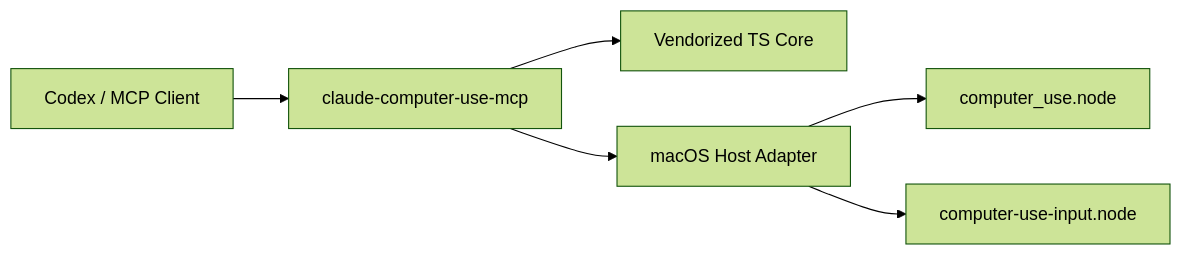
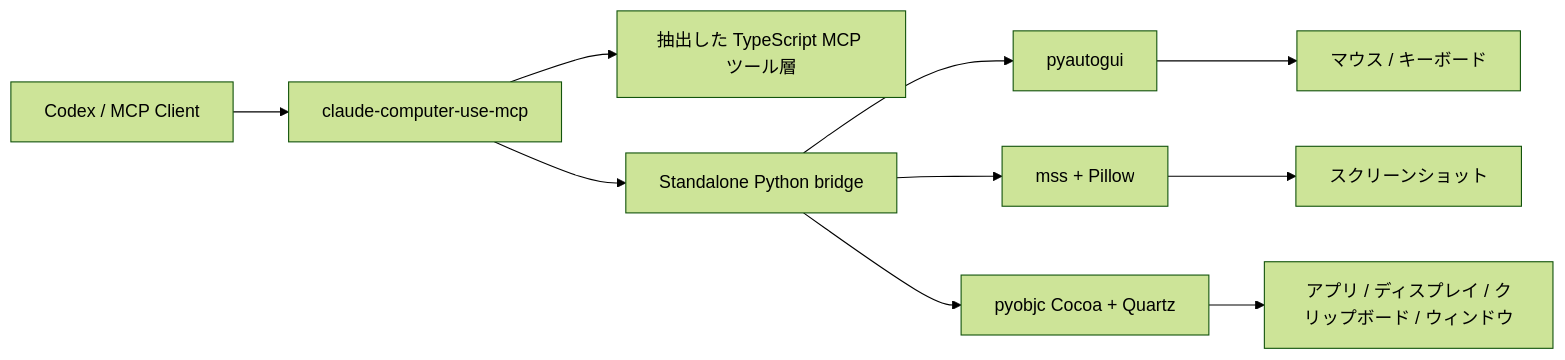
One commit to wimi321/macos-computer-use-skill changed the diagram in README.ja.md. Above: the diagram before and after it, drawn with Mermaid (forest theme). The commit also changed other lines of this file and 18 other files, not shown here.

Commit message:
Ship standalone computer-use runtime and bundled skill

````diff
--- a/README.ja.md
+++ b/README.ja.md
@@ -85,8 +50,12 @@
 ```mermaid
 flowchart LR
-    A["Codex / MCP Client"] --> B["claude-computer-use-mcp"]
-    B --> C["Vendorized TS Core"]
-    B --> D["macOS Host Adapter"]
-    D --> E["computer_use.node"]
-    D --> F["computer-use-input.node"]
+    A[Codex / MCP Client] --> B[claude-computer-use-mcp]
+    B --> C[抽出した TypeScript MCP ツール層]
+    B --> D[Standalone Python bridge]
+    D --> E[pyautogui]
+    D --> F[mss + Pillow]
+    D --> G[pyobjc Cocoa + Quartz]
+    E --> H[マウス / キーボード]
+    F --> I[スクリーンショット]
+    G --> J[アプリ / ディスプレイ / クリップボード / ウィンドウ]
 ```
````
